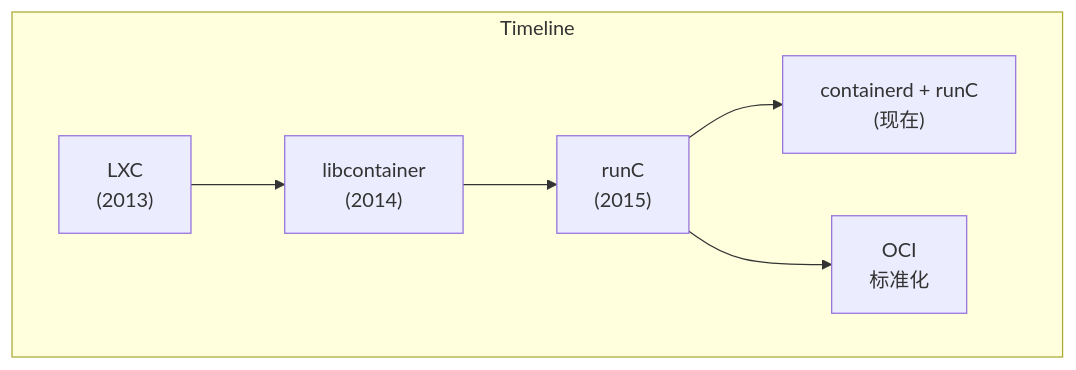
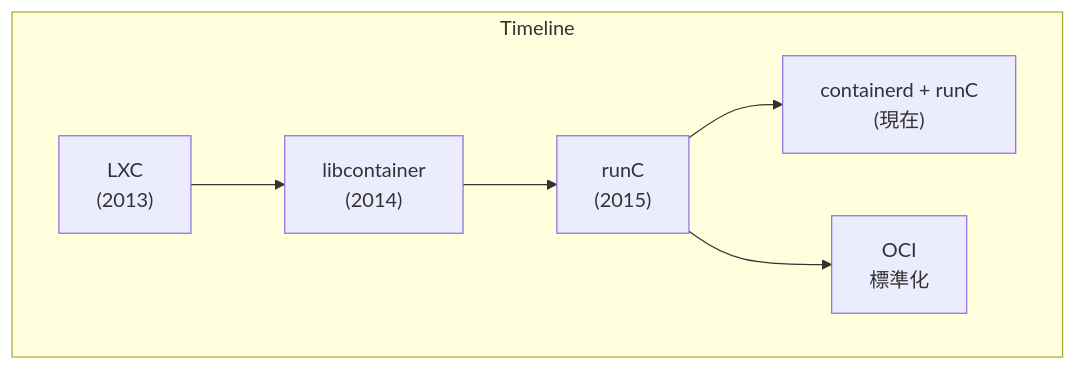
The third of 3 diagrams in 01_introduction/1.2_what.md (alexkuoecity/docker-practice-master-zh-tw), drawn with Mermaid before and after one commit. The commit also changed other lines of this file and 200 other files, not shown here.

````diff
--- a/01_introduction/1.2_what.md
+++ b/01_introduction/1.2_what.md
@@ -86,10 +86,10 @@
 ```mermaid
 flowchart LR
     subgraph Timeline
         direction LR
         LXC["LXC<br/>(2013)"] --> libcontainer["libcontainer<br/>(2014)"]
         libcontainer --> runC["runC<br/>(2015)"]
-        runC --> containerd["containerd + runC<br/>(现在)"]
-        runC --> OCI["OCI<br/>标准化"]
+        runC --> containerd["containerd + runC<br/>(現在)"]
+        runC --> OCI["OCI<br/>標準化"]
     end
 ```
````
